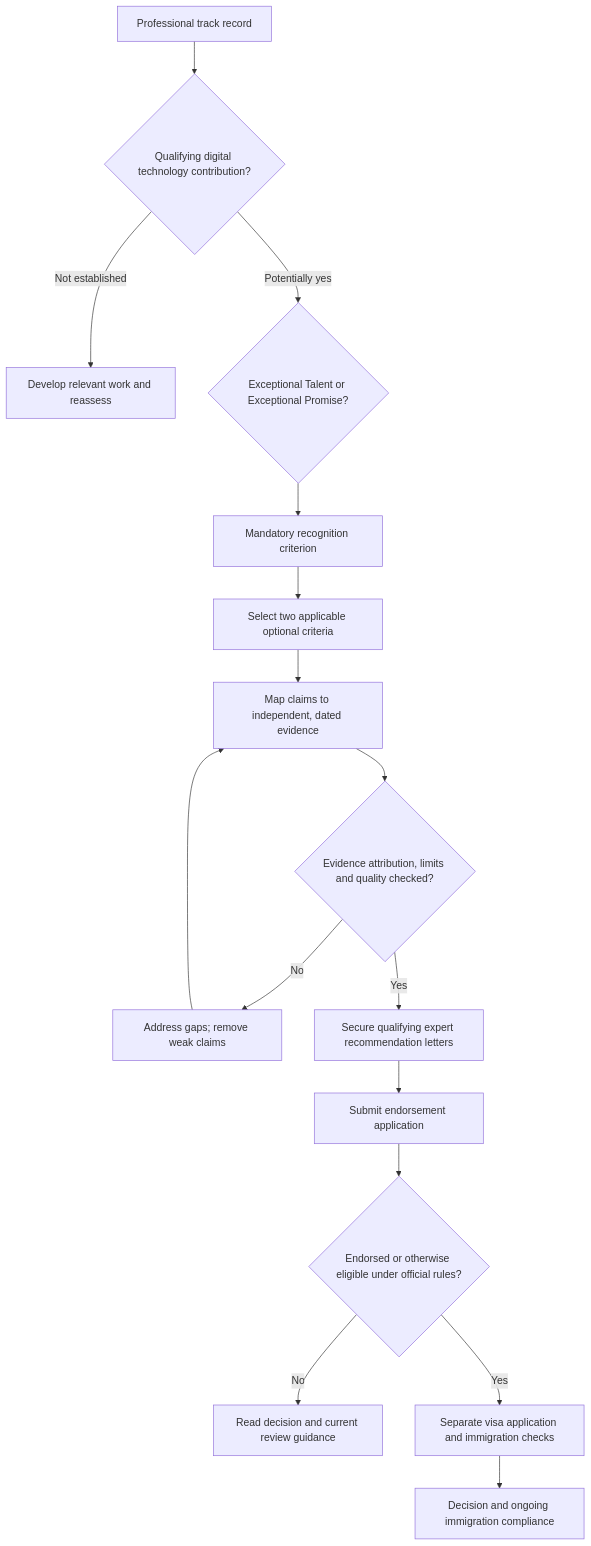
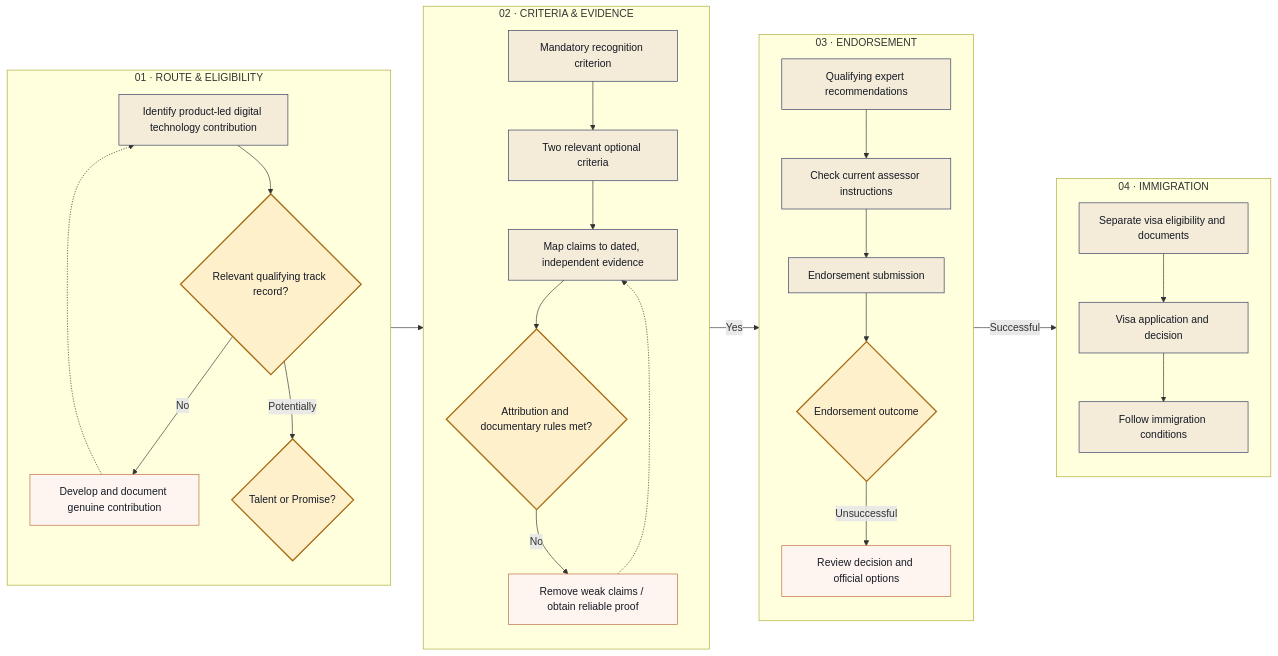
Before and after one commit to Mettelo/mettelo-resource-hub: the diagram in immigration/global-talent/technology.md, drawn with Mermaid.

Commit message:
Replace basic process diagram with branded, staged architecture map

````diff
--- a/immigration/global-talent/technology.md
+++ b/immigration/global-talent/technology.md
@@ -16,18 +16,39 @@
 ```mermaid
-flowchart TD
-    A["Professional track record"] --> B{"Qualifying digital technology contribution?"}
-    B -- "Not established" --> X["Develop relevant work and reassess"]
-    B -- "Potentially yes" --> C{"Exceptional Talent or Exceptional Promise?"}
-    C --> D["Mandatory recognition criterion"]
-    D --> E["Select two applicable optional criteria"]
-    E --> F["Map claims to independent, dated evidence"]
-    F --> G{"Evidence attribution, limits and quality checked?"}
-    G -- "No" --> H["Address gaps; remove weak claims"]
-    H --> F
-    G -- "Yes" --> I["Secure qualifying expert recommendation letters"]
-    I --> J["Submit endorsement application"]
-    J --> K{"Endorsed or otherwise eligible under official rules?"}
-    K -- "No" --> L["Read decision and current review guidance"]
-    K -- "Yes" --> M["Separate visa application and immigration checks"]
-    M --> N["Decision and ongoing immigration compliance"]
+flowchart LR
+  subgraph S1["01 · ROUTE & ELIGIBILITY"]
+    direction TB
+    A["Identify product-led digital technology contribution"] --> B{"Relevant qualifying track record?"}
+    B -->|No| C["Develop and document genuine contribution"]
+    C -.-> A
+    B -->|Potentially| D{"Talent or Promise?"}
+  end
+  subgraph S2["02 · CRITERIA & EVIDENCE"]
+    direction TB
+    E["Mandatory recognition criterion"] --> F["Two relevant optional criteria"]
+    F --> G["Map claims to dated, independent evidence"]
+    G --> H{"Attribution and documentary rules met?"}
+    H -->|No| I["Remove weak claims / obtain reliable proof"]
+    I -.-> G
+  end
+  subgraph S3["03 · ENDORSEMENT"]
+    direction TB
+    J["Qualifying expert recommendations"] --> K["Check current assessor instructions"]
+    K --> L["Endorsement submission"]
+    L --> M{"Endorsement outcome"}
+    M -->|Unsuccessful| N["Review decision and official options"]
+  end
+  subgraph S4["04 · IMMIGRATION"]
+    direction TB
+    O["Separate visa eligibility and documents"] --> P["Visa application and decision"]
+    P --> Q["Follow immigration conditions"]
+  end
+  D --> E
+  H -->|Yes| J
+  M -->|Successful| O
+  classDef gate fill:#fff0cc,stroke:#a66b12,color:#141925,stroke-width:2px;
+  classDef action fill:#f4ecd8,stroke:#303861,color:#141925;
+  classDef alert fill:#fff5f0,stroke:#bb6b3c,color:#141925;
+  class B,D,H,M gate;
+  class A,E,F,G,J,K,L,O,P,Q action;
+  class C,I,N alert;
 ```
````
